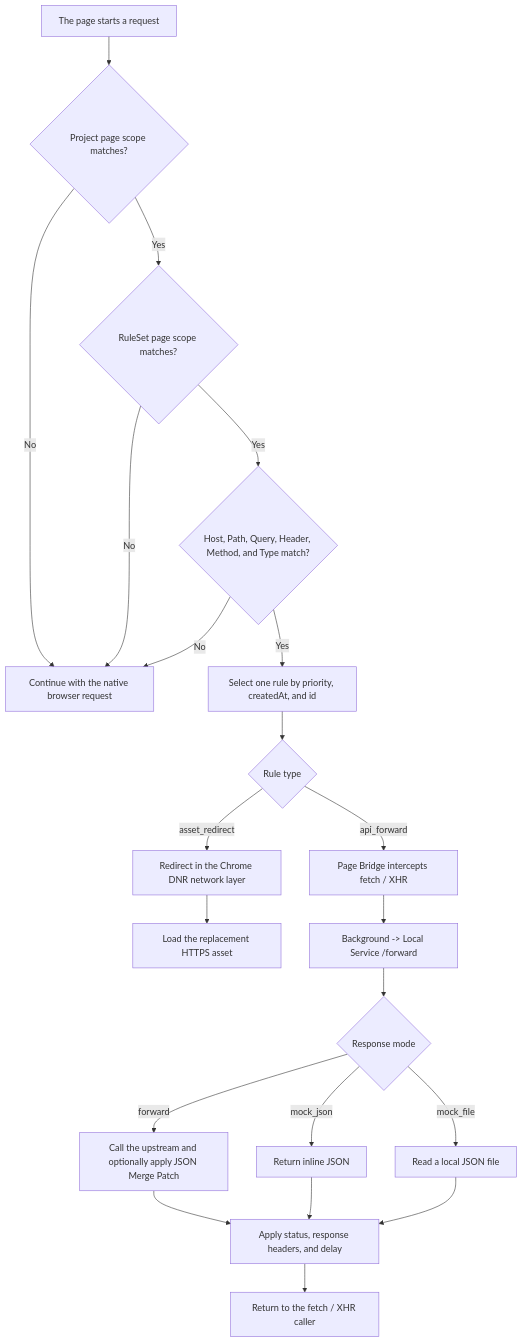
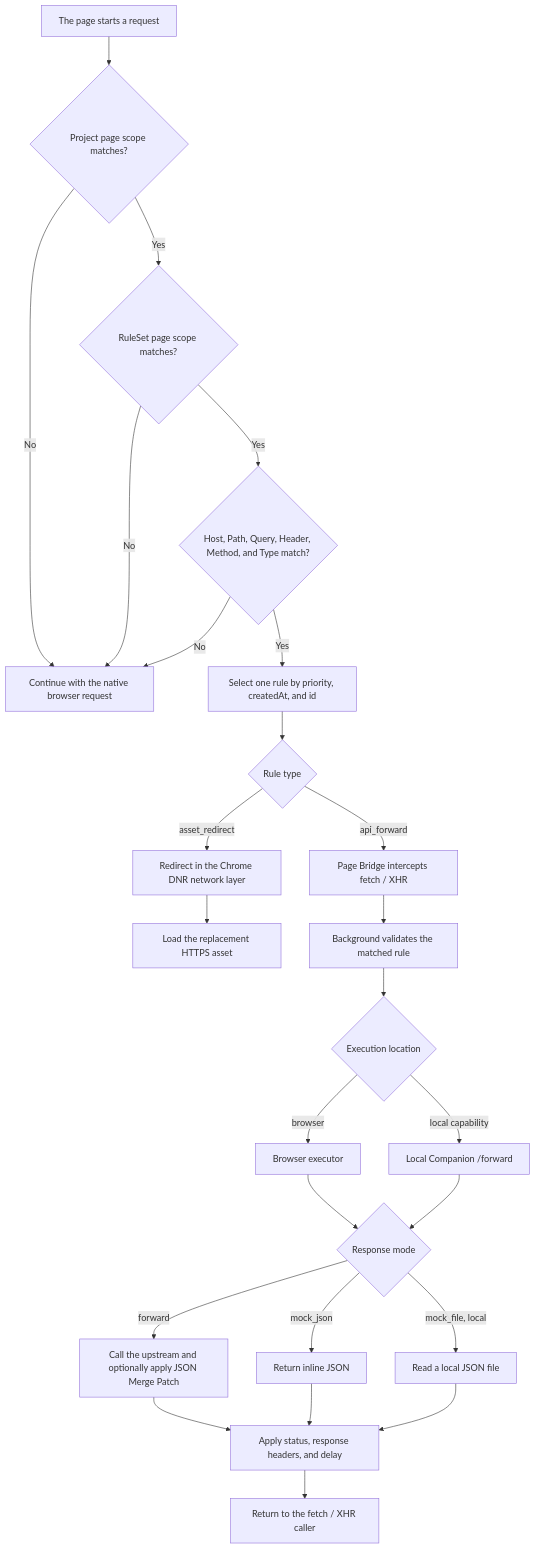
The third of 4 diagrams in README.md (real-jacket/resource-forwarder), drawn with Mermaid before and after one commit. The commit also changed other lines of this file and 1 other file, not shown here.

Commit message:
docs: fix GitHub flowchart rendering

````diff
--- a/README.md
+++ b/README.md
@@ -144,25 +151,29 @@
 ```mermaid
 flowchart TD
   Request["The page starts a request"] --> ProjectScope{"Project page scope matches?"}
   ProjectScope -->|No| Native["Continue with the native browser request"]
   ProjectScope -->|Yes| RuleSetScope{"RuleSet page scope matches?"}
   RuleSetScope -->|No| Native
   RuleSetScope -->|Yes| Conditions{"Host, Path, Query, Header, Method, and Type match?"}
   Conditions -->|No| Native
   Conditions -->|Yes| Winner["Select one rule by priority, createdAt, and id"]
   Winner --> Kind{"Rule type"}
 
   Kind -->|asset_redirect| DNR["Redirect in the Chrome DNR network layer"]
   DNR --> AssetTarget["Load the replacement HTTPS asset"]
 
   Kind -->|api_forward| Bridge["Page Bridge intercepts fetch / XHR"]
-  Bridge --> LocalService["Background -> Local Service /forward"]
-  LocalService --> Mode{"Response mode"}
+  Bridge --> Background["Background validates the matched rule"]
+  Background --> Executor{"Execution location"}
+  Executor -->|browser| Browser["Browser executor"]
+  Executor -->|local capability| Local["Local Companion /forward"]
+  Browser --> Mode{"Response mode"}
+  Local --> Mode
   Mode -->|forward| Forward["Call the upstream and optionally apply JSON Merge Patch"]
   Mode -->|mock_json| Inline["Return inline JSON"]
-  Mode -->|mock_file| File["Read a local JSON file"]
+  Mode -->|mock_file, local| File["Read a local JSON file"]
   Forward --> Response["Apply status, response headers, and delay"]
   Inline --> Response
   File --> Response
   Response --> Caller["Return to the fetch / XHR caller"]
 ```
````
